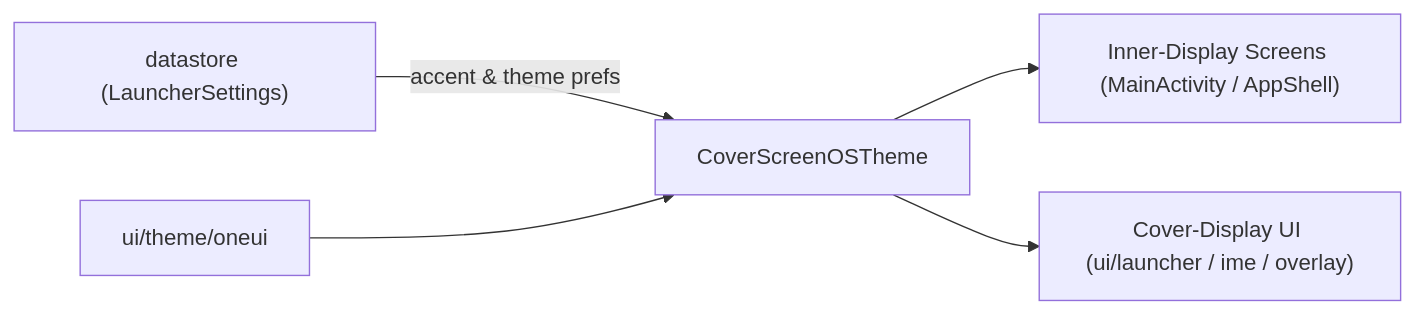
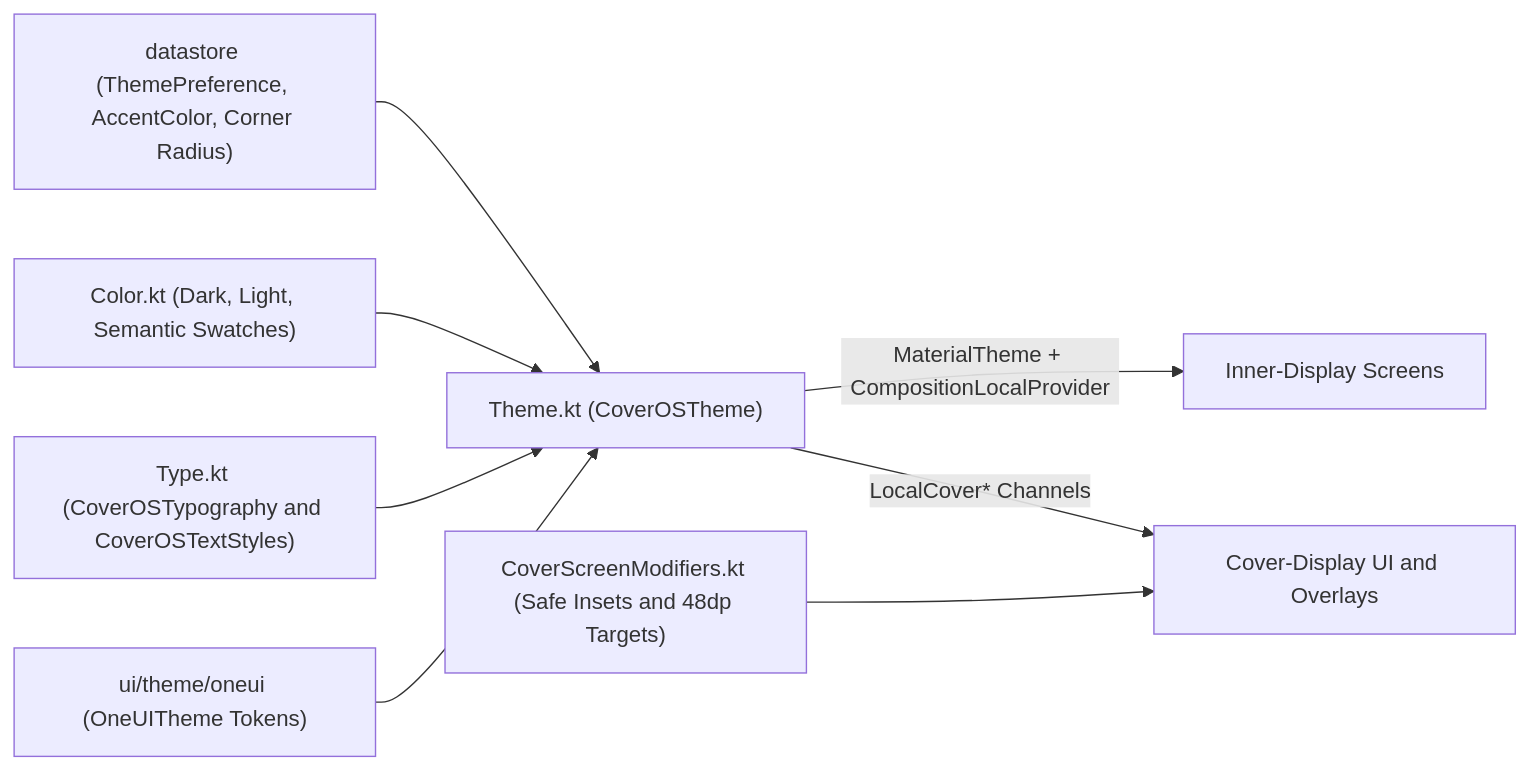
The diagram in app/src/main/java/com/tyejaedon/coverscreenos/ui/theme/README.md (tyejaedon/Cover-Screen-OS), drawn with Mermaid before and after one commit. The commit also changed other lines of this file and 157 other files, not shown here.

````diff
--- a/app/src/main/java/com/tyejaedon/coverscreenos/ui/theme/README.md
+++ b/app/src/main/java/com/tyejaedon/coverscreenos/ui/theme/README.md
@@ -17,7 +77,10 @@
 ```mermaid
 flowchart LR
-    Store["datastore (LauncherSettings)"] -->|"accent & theme prefs"| Theme["CoverScreenOSTheme"]
-    OneUI["ui/theme/oneui"] --> Theme
-    Theme --> InnerUI["Inner-Display Screens (MainActivity / AppShell)"]
-    Theme --> CoverUI["Cover-Display UI (ui/launcher / ime / overlay)"]
+    Store["datastore (ThemePreference, AccentColor, Corner Radius)"] --> Theme["Theme.kt (CoverOSTheme)"]
+    Colors["Color.kt (Dark, Light, Semantic Swatches)"] --> Theme
+    Type["Type.kt (CoverOSTypography and CoverOSTextStyles)"] --> Theme
+    OneUI["ui/theme/oneui (OneUITheme Tokens)"] --> Theme
+    Theme -->|"MaterialTheme + CompositionLocalProvider"| InnerUI["Inner-Display Screens"]
+    Theme -->|"LocalCover* Channels"| CoverUI["Cover-Display UI and Overlays"]
+    Mods["CoverScreenModifiers.kt (Safe Insets and 48dp Targets)"] --> CoverUI
 ```
````
